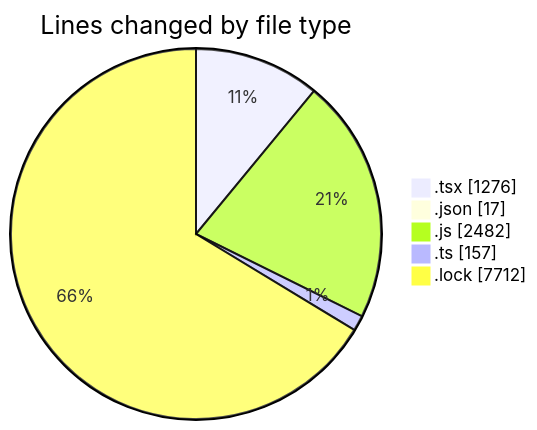
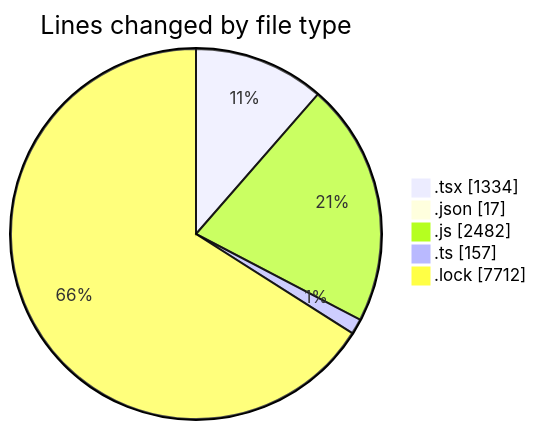
Before and after one commit to momahboobian/code-tracking: the first of 2 diagrams in 2025-04-28/cda/README.md, drawn with Mermaid. The commit also changed other lines of this file and 1 other file, not shown here.

````diff
--- a/2025-04-28/cda/README.md
+++ b/2025-04-28/cda/README.md
@@ -29,9 +30,9 @@
 ```mermaid
 pie showData
 title Lines changed by file type
-".tsx" : 1276
+".tsx" : 1334
 ".json" : 17
 ".js" : 2482
 ".ts" : 157
 ".lock" : 7712
 ```
````
